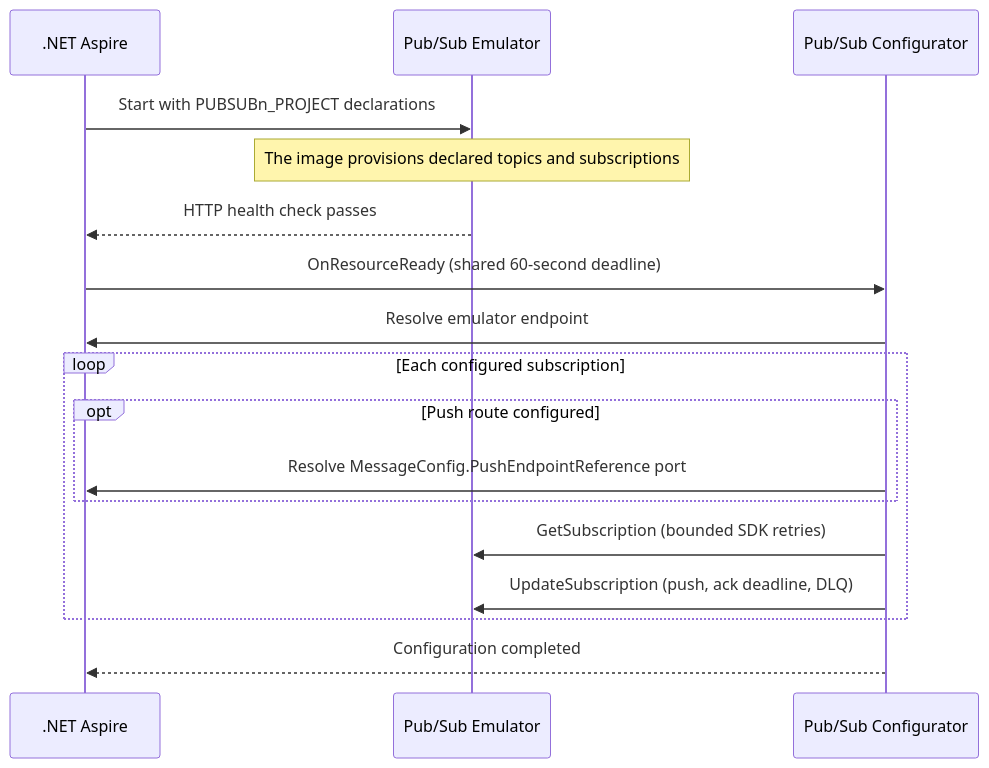
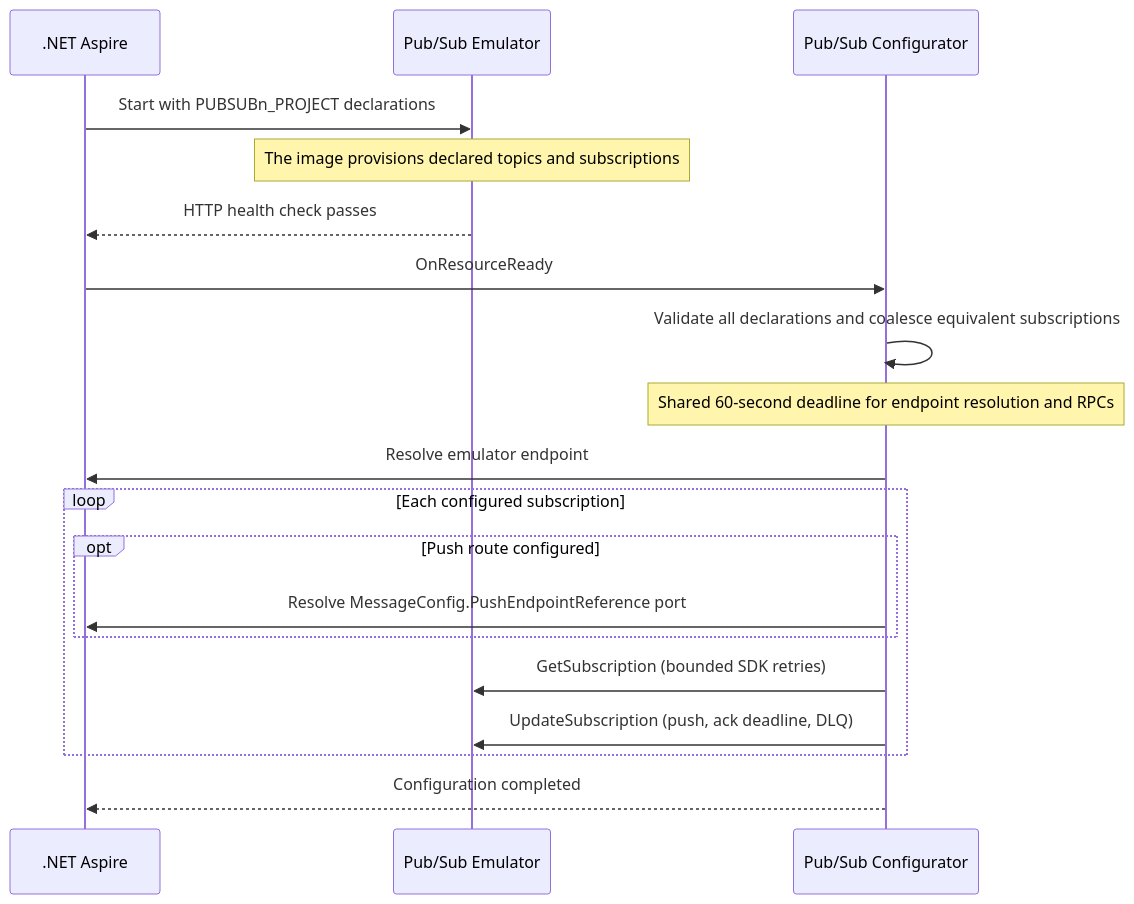
Before and after one commit to Marcus-V-Freitas/MVFC.Aspire.Helpers: the second of 2 diagrams in src/MVFC.Aspire.Helpers.GcpPubSub/README.md, drawn with Mermaid. The commit also changed other lines of this file and 36 other files, not shown here.

````diff
--- a/src/MVFC.Aspire.Helpers.GcpPubSub/README.md
+++ b/src/MVFC.Aspire.Helpers.GcpPubSub/README.md
@@ -201,20 +203,22 @@
 ```mermaid
 sequenceDiagram
     participant Aspire as .NET Aspire
     participant Container as Pub/Sub Emulator
     participant Configurator as Pub/Sub Configurator
 
     Aspire->>Container: Start with PUBSUBn_PROJECT declarations
     Note over Container: The image provisions declared topics and subscriptions
     Container-->>Aspire: HTTP health check passes
-    Aspire->>Configurator: OnResourceReady (shared 60-second deadline)
+    Aspire->>Configurator: OnResourceReady
+    Configurator->>Configurator: Validate all declarations and coalesce equivalent subscriptions
+    Note over Configurator: Shared 60-second deadline for endpoint resolution and RPCs
     Configurator->>Aspire: Resolve emulator endpoint
     loop Each configured subscription
         opt Push route configured
             Configurator->>Aspire: Resolve MessageConfig.PushEndpointReference port
         end
         Configurator->>Container: GetSubscription (bounded SDK retries)
         Configurator->>Container: UpdateSubscription (push, ack deadline, DLQ)
     end
     Configurator-->>Aspire: Configuration completed
 ```
````
